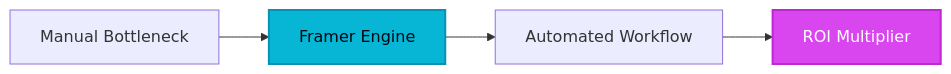
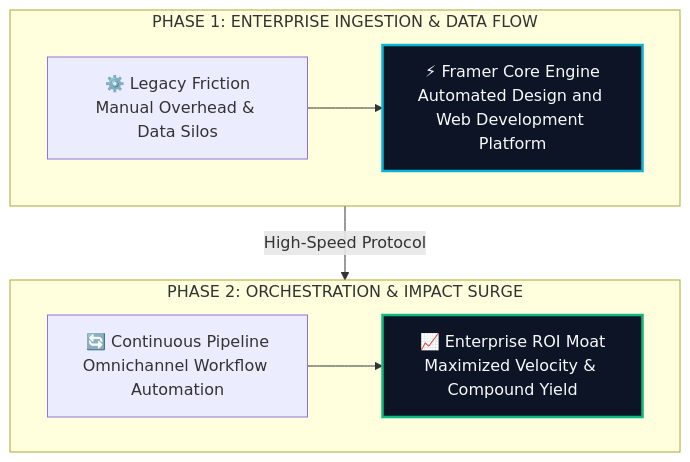
Before and after one commit to heliatech-media/saas-radar: the diagram in site/src/content/blog/framer-evolution-guide-2026.md, drawn with Mermaid. The commit also changed 97 other files, not shown here.

First line of the commit message:
feat(diagrams): upgrade all article architecture schemas to high-impact 2-tier responsive vector blueprints

````diff
--- a/site/src/content/blog/framer-evolution-guide-2026.md
+++ b/site/src/content/blog/framer-evolution-guide-2026.md
@@ -52,8 +52,14 @@
 ```mermaid
-flowchart LR
-    A[Manual Bottleneck] --> B[Framer Engine]
-    B --> C[Automated Workflow]
-    C --> D[ROI Multiplier]
-    style B fill:#06b6d4,stroke:#0891b2,stroke-width:2px,color:#030712
-    style D fill:#d946ef,stroke:#c026d3,stroke-width:2px,color:#ffffff
+flowchart TD
+    subgraph S1["PHASE 1: ENTERPRISE INGESTION & DATA FLOW"]
+        direction LR
+        A["⚙️ Legacy Friction<br/>Manual Overhead & Data Silos"] --> B["⚡ Framer Core Engine<br/>Automated Design and Web Development Platform"]
+    end
+    subgraph S2["PHASE 2: ORCHESTRATION & IMPACT SURGE"]
+        direction LR
+        C["🔄 Continuous Pipeline<br/>Omnichannel Workflow Automation"] --> D["📈 Enterprise ROI Moat<br/>Maximized Velocity & Compound Yield"]
+    end
+    S1 -->|High-Speed Protocol| S2
+    style B fill:#0c1425,stroke:#06b6d4,stroke-width:2.5px,color:#f8fafc
+    style D fill:#0c1425,stroke:#10b981,stroke-width:2.5px,color:#f8fafc
 ```
````
